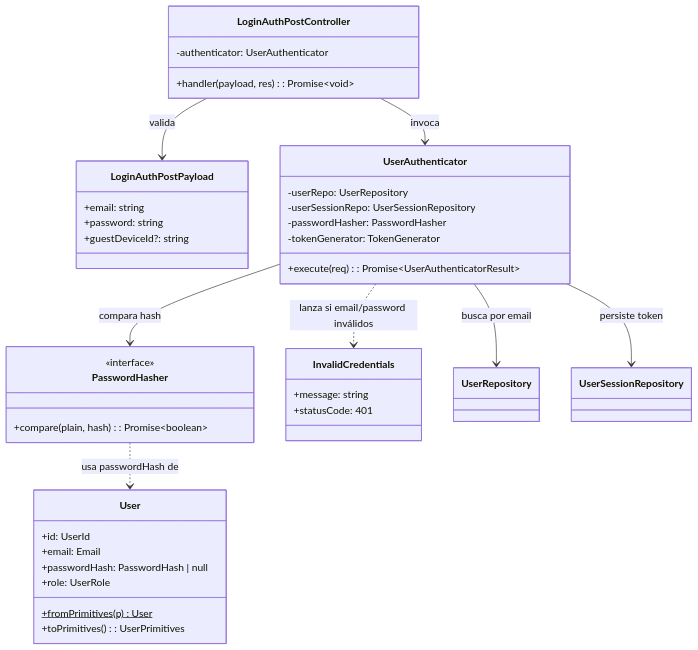
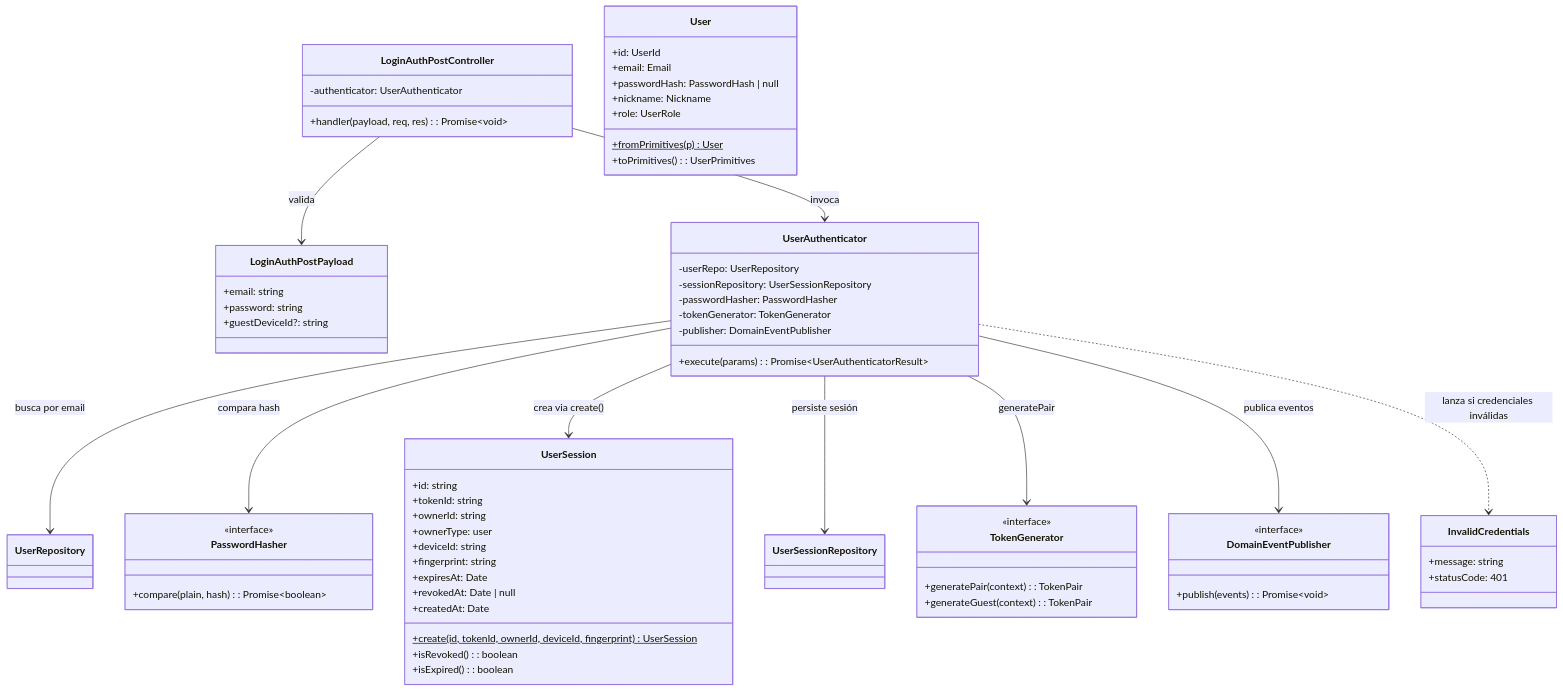
Before and after one commit to AbrahamVilchesDeLaCruz/ididntcatchthat: the diagram in docs/apps/api/identity/login/classes.md, drawn with Mermaid. The commit also changed 8 other files, not shown here.

First line of the commit message:
docs(identity): update class and sequence diagrams to UserSession model

````diff
--- a/docs/apps/api/identity/login/classes.md
+++ b/docs/apps/api/identity/login/classes.md
@@ -5,48 +5,78 @@
 ```mermaid
 classDiagram
     class LoginAuthPostController {
         -authenticator: UserAuthenticator
-        +handler(payload, res): Promise~void~
+        +handler(payload, req, res): Promise~void~
     }
 
     class LoginAuthPostPayload {
         +email: string
         +password: string
         +guestDeviceId?: string
     }
 
     class UserAuthenticator {
         -userRepo: UserRepository
-        -userSessionRepo: UserSessionRepository
+        -sessionRepository: UserSessionRepository
         -passwordHasher: PasswordHasher
         -tokenGenerator: TokenGenerator
-        +execute(req): Promise~UserAuthenticatorResult~
+        -publisher: DomainEventPublisher
+        +execute(params): Promise~UserAuthenticatorResult~
     }
 
     class User {
         +id: UserId
         +email: Email
         +passwordHash: PasswordHash | null
+        +nickname: Nickname
         +role: UserRole
         +fromPrimitives(p)$ User
         +toPrimitives(): UserPrimitives
     }
 
+    class UserSession {
+        +id: string
+        +tokenId: string
+        +ownerId: string
+        +ownerType: user
+        +deviceId: string
+        +fingerprint: string
+        +expiresAt: Date
+        +revokedAt: Date | null
+        +createdAt: Date
+        +create(id, tokenId, ownerId, deviceId, fingerprint)$ UserSession
+        +isRevoked(): boolean
+        +isExpired(): boolean
+    }
+
+    class TokenGenerator {
+        <<interface>>
+        +generatePair(context): TokenPair
+        +generateGuest(context): TokenPair
+    }
+
     class PasswordHasher {
         <<interface>>
         +compare(plain, hash): Promise~boolean~
+    }
+
+    class DomainEventPublisher {
+        <<interface>>
+        +publish(events): Promise~void~
     }
 
     class InvalidCredentials {
         +message: string
         +statusCode: 401
     }
 
     LoginAuthPostController --> LoginAuthPostPayload : valida
     LoginAuthPostController --> UserAuthenticator : invoca
     UserAuthenticator --> UserRepository : busca por email
     UserAuthenticator --> PasswordHasher : compara hash
-    UserAuthenticator --> UserSessionRepository : persiste token
-    UserAuthenticator ..> InvalidCredentials : lanza si email/password inválidos
-    PasswordHasher ..> User : usa passwordHash de
+    UserAuthenticator --> UserSession : crea via create()
+    UserAuthenticator --> UserSessionRepository : persiste sesión
+    UserAuthenticator --> TokenGenerator : generatePair
+    UserAuthenticator --> DomainEventPublisher : publica eventos
+    UserAuthenticator ..> InvalidCredentials : lanza si credenciales inválidas
 ```
````
